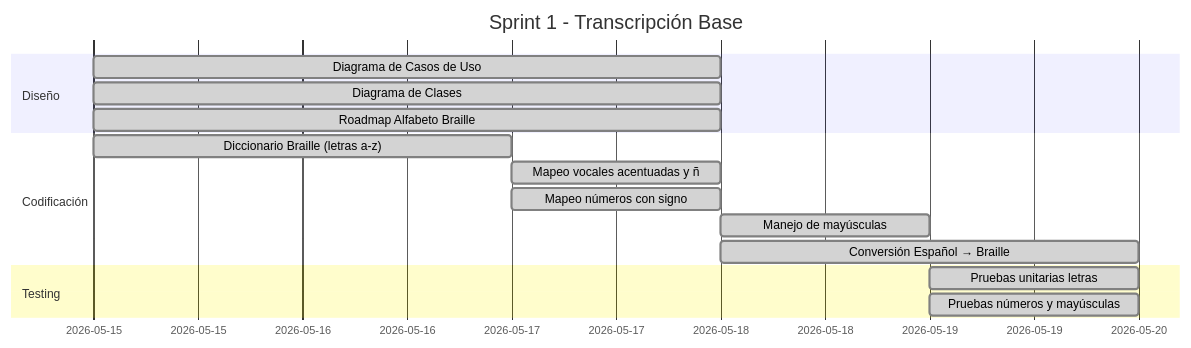
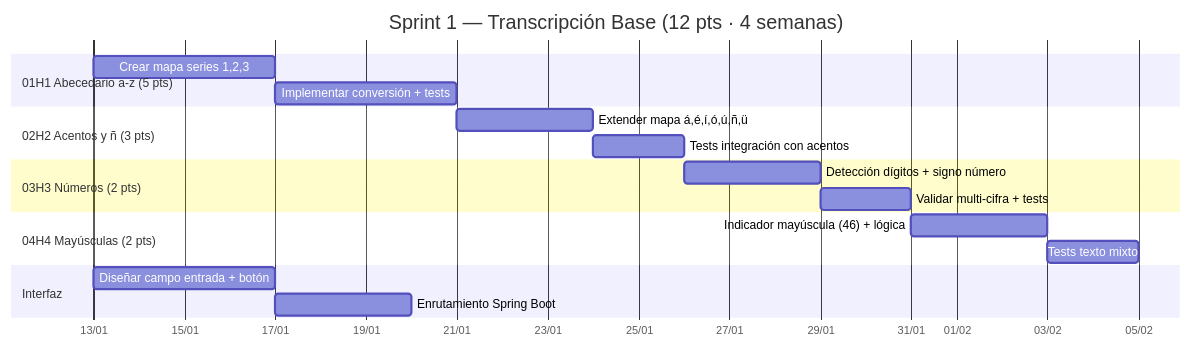
The first of 2 diagrams in docs/design/roadmap-alfabeto-braille.md (MRGonorrea79/Proyecto-Agile), drawn with Mermaid before and after one commit. The commit also changed other lines of this file, not shown here.

First line of the commit message:
Revise roadmap for Spanish Braille Application

````diff
--- a/docs/design/roadmap-alfabeto-braille.md
+++ b/docs/design/roadmap-alfabeto-braille.md
@@ -174,18 +195,26 @@
 ```mermaid
 gantt
-    title Sprint 1 - Transcripción Base
+    title Sprint 1 — Transcripción Base (12 pts · 4 semanas)
     dateFormat  YYYY-MM-DD
-    section Diseño
-    Diagrama de Casos de Uso           :done, d1, 2026-05-15, 3d
-    Diagrama de Clases                 :done, d2, 2026-05-15, 3d
-    Roadmap Alfabeto Braille           :done, d3, 2026-05-15, 3d
-    section Codificación
-    Diccionario Braille (letras a-z)   :done, c1, 2026-05-15, 2d
-    Mapeo vocales acentuadas y ñ       :done, c2, 2026-05-17, 1d
-    Mapeo números con signo            :done, c3, 2026-05-17, 1d
-    Manejo de mayúsculas               :done, c4, 2026-05-18, 1d
-    Conversión Español → Braille       :done, c5, 2026-05-18, 2d
-    section Testing
-    Pruebas unitarias letras           :done, t1, 2026-05-19, 1d
-    Pruebas números y mayúsculas       :done, t2, 2026-05-19, 1d
+    axisFormat  %d/%m
+    
+    section 01H1 Abecedario a-z (5 pts)
+    Crear mapa series 1,2,3          :s1h1a, 2026-01-13, 4d
+    Implementar conversión + tests   :s1h1b, after s1h1a, 4d
+    
+    section 02H2 Acentos y ñ (3 pts)
+    Extender mapa á,é,í,ó,ú,ñ,ü     :s1h2a, after s1h1b, 3d
+    Tests integración con acentos    :s1h2b, after s1h2a, 2d
+    
+    section 03H3 Números (2 pts)
+    Detección dígitos + signo número :s1h3a, after s1h2b, 3d
+    Validar multi-cifra + tests      :s1h3b, after s1h3a, 2d
+    
+    section 04H4 Mayúsculas (2 pts)
+    Indicador mayúscula (46) + lógica:s1h4a, after s1h3b, 3d
+    Tests texto mixto                :s1h4b, after s1h4a, 2d
+    
+    section Interfaz
+    Diseñar campo entrada + botón    :s1ui, 2026-01-13, 4d
+    Enrutamiento Spring Boot         :s1be, after s1ui, 3d
 ```
````
